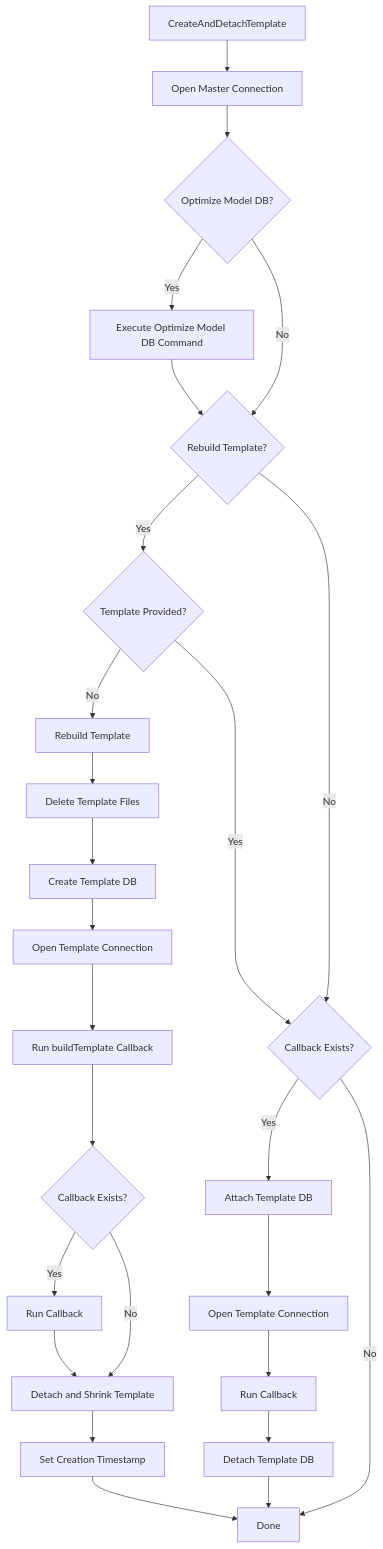
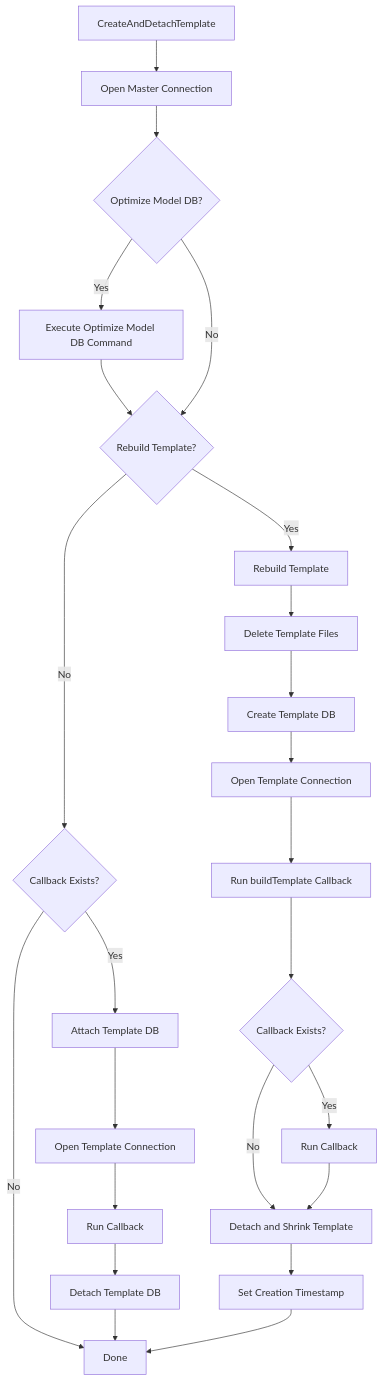
The third of 5 diagrams in docs/mdsource/workflow.md (SimonCropp/LocalDb), drawn with Mermaid before and after one commit.

````diff
--- a/docs/mdsource/workflow.md
+++ b/docs/mdsource/workflow.md
@@ -72,34 +72,31 @@
 ```mermaid
 flowchart TD
     entry[CreateAndDetachTemplate] --> openMaster[Open Master Connection]
     openMaster --> checkOptimize{Optimize Model DB?}
 
     checkOptimize -->|Yes| executeOptimize[Execute Optimize Model DB Command]
     executeOptimize --> checkRebuild{Rebuild Template?}
     checkOptimize -->|No| checkRebuild
 
-    checkRebuild -->|Yes| checkProvided{Template Provided?}
-    checkProvided -->|No| rebuildTemplate[Rebuild Template]
-    checkProvided -->|Yes| checkCallback{Callback Exists?}
-
-    checkRebuild -->|No| checkCallback
+    checkRebuild -->|Yes| rebuildTemplate[Rebuild Template]
+    checkRebuild -->|No| checkCallback{Callback Exists?}
 
     rebuildTemplate --> deleteFiles[Delete Template Files]
     deleteFiles --> createTemplateDb[Create Template DB]
     createTemplateDb --> openTemplateConn[Open Template Connection]
     openTemplateConn --> runBuildTemplate[Run buildTemplate Callback]
     runBuildTemplate --> checkCallbackAfterBuild{Callback Exists?}
     checkCallbackAfterBuild -->|Yes| runCallbackAfterBuild[Run Callback]
     checkCallbackAfterBuild -->|No| detachShrink[Detach and Shrink Template]
     runCallbackAfterBuild --> detachShrink
     detachShrink --> setTimestamp[Set Creation Timestamp]
 
     checkCallback -->|Yes| attachTemplate[Attach Template DB]
     attachTemplate --> openForCallback[Open Template Connection]
     openForCallback --> runCallback[Run Callback]
     runCallback --> detachTemplate[Detach Template DB]
 
     checkCallback -->|No| done[Done]
     detachTemplate --> done
     setTimestamp --> done
 ```
````
